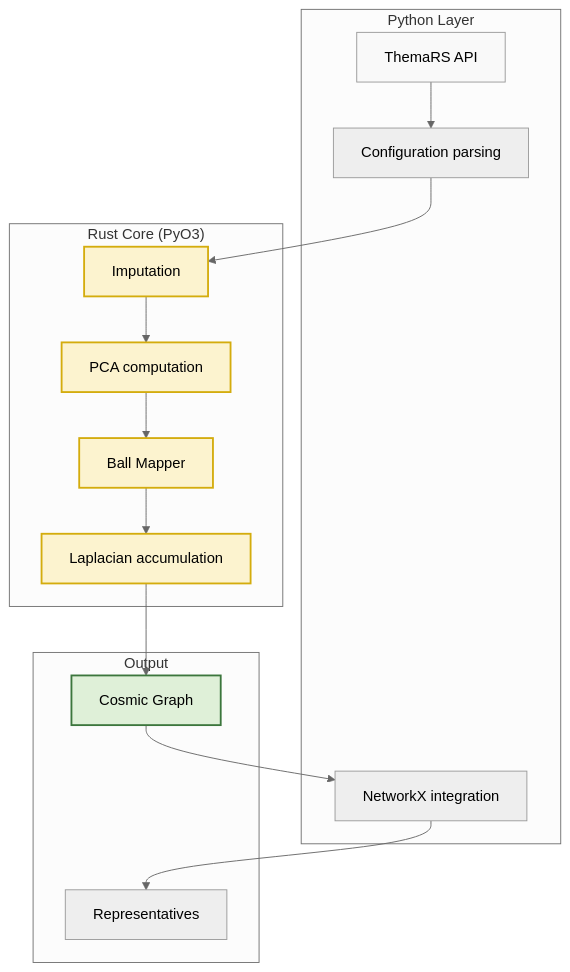
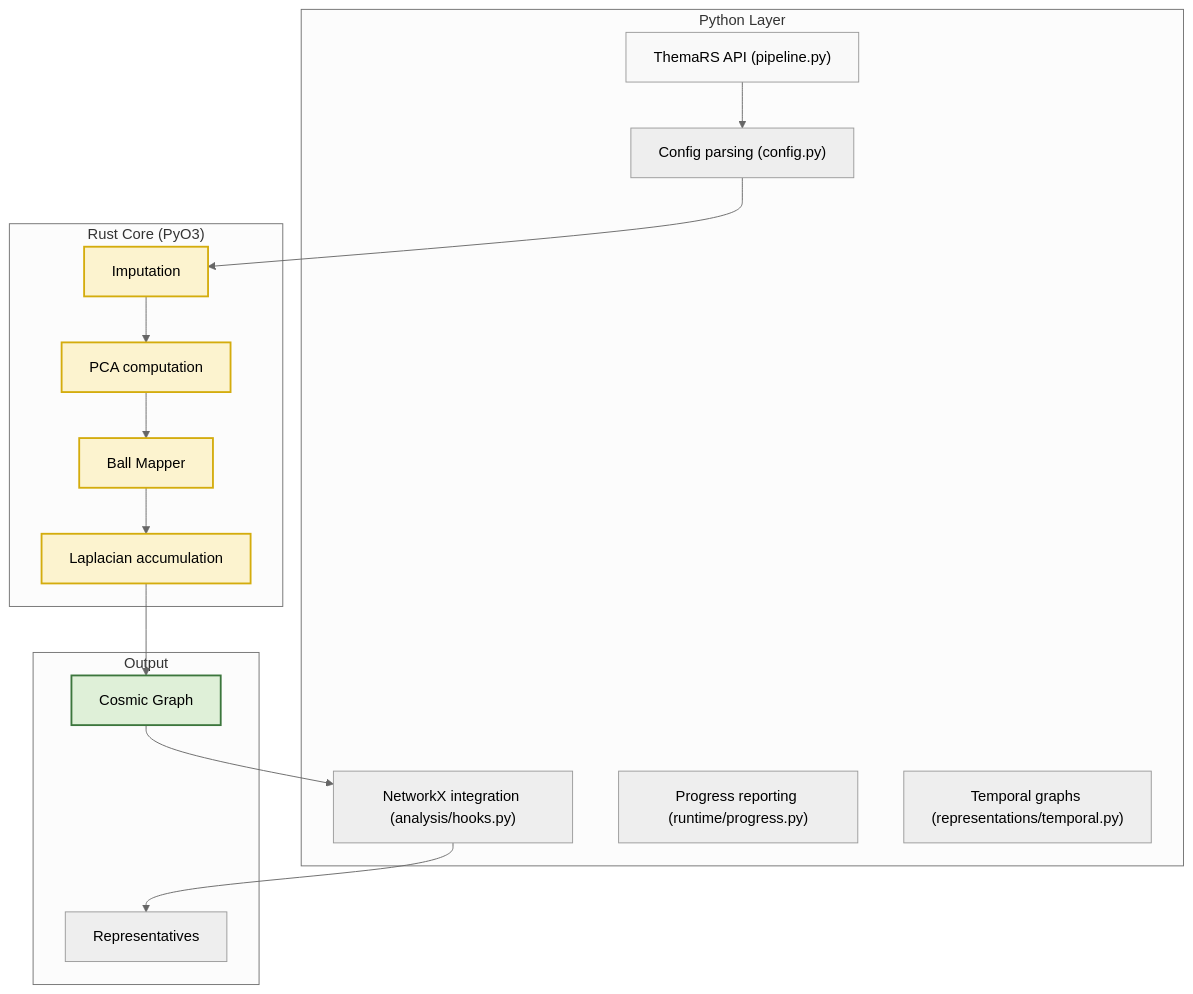
Before and after one commit to Krv-Labs/pulsar: the diagram in docs/source/overview.rst, drawn with Mermaid (neutral theme). The commit also changed other lines of this file and 2 other files, not shown here.

```diff
--- a/docs/source/overview.rst
+++ b/docs/source/overview.rst
@@ -25,36 +25,38 @@
 .. mermaid::
 
    graph TB
       subgraph "Python Layer"
-         A["ThemaRS API"]
-         B["Configuration parsing"]
-         C["NetworkX integration"]
+         A["ThemaRS API (pipeline.py)"]
+         B["Config parsing (config.py)"]
+         C["NetworkX integration (analysis/hooks.py)"]
+         P["Progress reporting (runtime/progress.py)"]
+         T["Temporal graphs (representations/temporal.py)"]
       end
 
       subgraph "Rust Core (PyO3)"
          D["Imputation"]
          E["PCA computation"]
          F["Ball Mapper"]
          G["Laplacian accumulation"]
       end
 
       subgraph "Output"
          H["Cosmic Graph"]
          I["Representatives"]
       end
 
       A --> B
       B --> D
       D --> E
       E --> F
       F --> G
       G --> H
       H --> C
       C --> I
 
       style A fill:#f9f9f9,stroke:#999
       style D fill:#FCF3CF,stroke:#D4AC0D,stroke-width:2px
       style E fill:#FCF3CF,stroke:#D4AC0D,stroke-width:2px
       style F fill:#FCF3CF,stroke:#D4AC0D,stroke-width:2px
       style G fill:#FCF3CF,stroke:#D4AC0D,stroke-width:2px
       style H fill:#DFF0D8,stroke:#3C763D,stroke-width:2px
```
